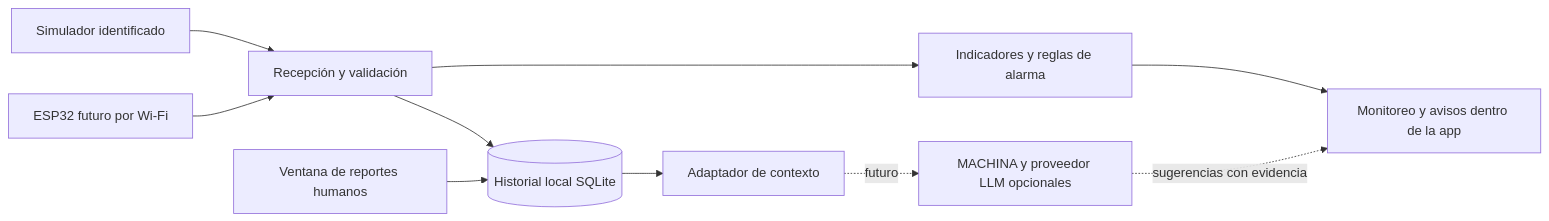
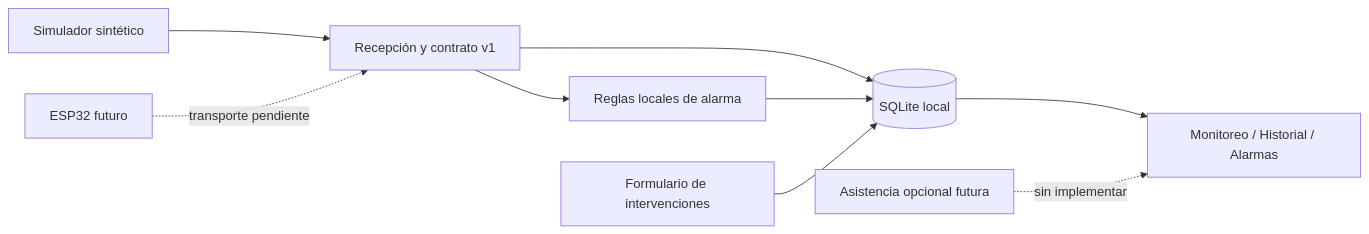
One commit to javierah306-tech/neiron-iiot changed the first of 2 diagrams in docs/ARQUITECTURA_SOFTWARE.md. Above: the diagram before and after it, drawn with Mermaid. The commit also changed other lines of this file and 47 other files, not shown here.

````diff
--- a/docs/ARQUITECTURA_SOFTWARE.md
+++ b/docs/ARQUITECTURA_SOFTWARE.md
@@ -5,12 +5,11 @@
 ```mermaid
 flowchart LR
-  S[Simulador identificado] --> R[Recepción y validación]
-  E[ESP32 futuro por Wi-Fi] --> R
-  R --> D[(Historial local SQLite)]
-  R --> K[Indicadores y reglas de alarma]
-  K --> U[Monitoreo y avisos dentro de la app]
-  H[Ventana de reportes humanos] --> D
-  D --> A[Adaptador de contexto]
-  A -. futuro .-> M[MACHINA y proveedor LLM opcionales]
-  M -. sugerencias con evidencia .-> U
+  S[Simulador sintético] --> R[Recepción y contrato v1]
+  R --> D[(SQLite local)]
+  R --> K[Reglas locales de alarma]
+  K --> D
+  D --> U[Monitoreo / Historial / Alarmas]
+  H[Formulario de intervenciones] --> D
+  E[ESP32 futuro] -. transporte pendiente .-> R
+  A[Asistencia opcional futura] -. sin implementar .-> U
 ```
````
